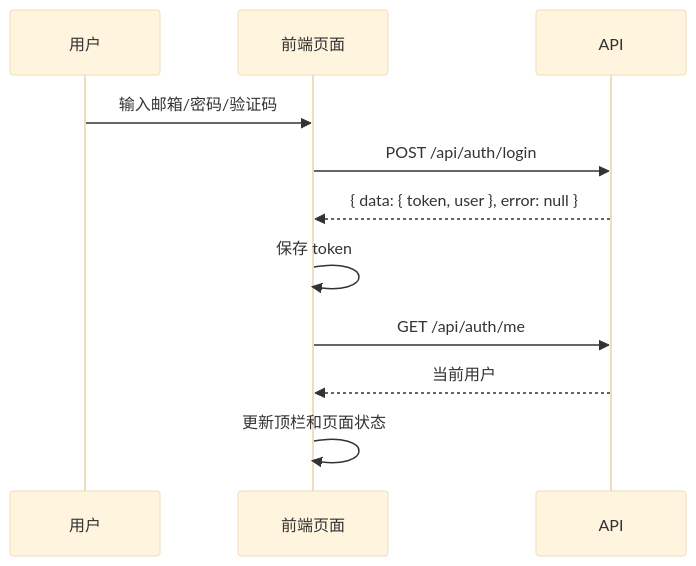
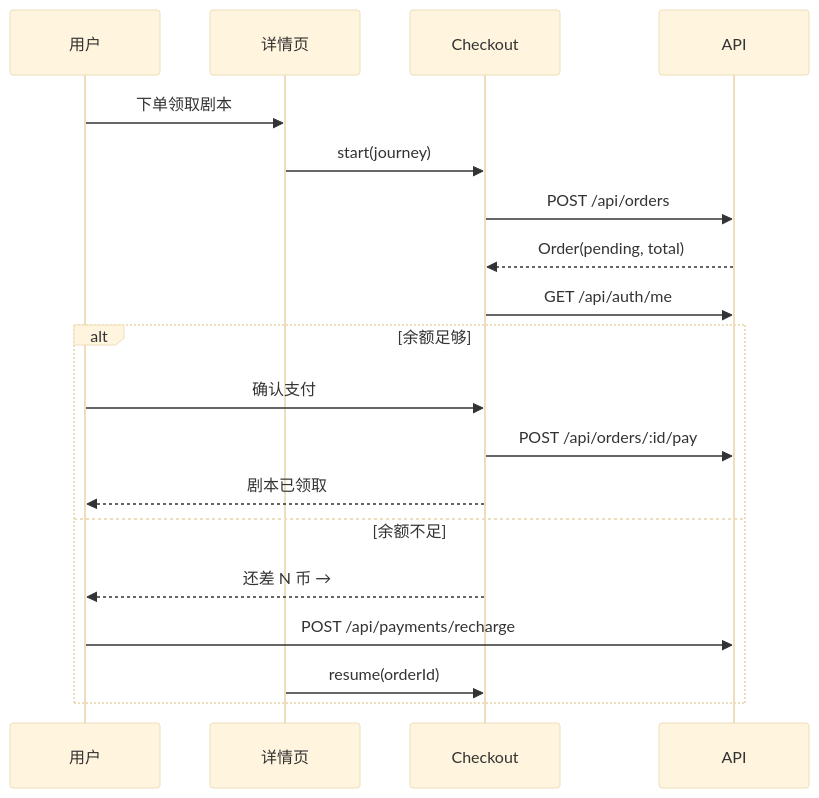
Before and after one commit to LibertychaserUS/100-journeys: the fourth of 4 diagrams in docs/ui-components/DDD-spec.md, drawn with Mermaid (base theme). The commit also changed other lines of this file and 143 other files, not shown here.

````diff
--- a/docs/ui-components/DDD-spec.md
+++ b/docs/ui-components/DDD-spec.md
@@ -256,13 +223,21 @@
 ```mermaid
 sequenceDiagram
   participant U as 用户
-  participant F as 前端页面
+  participant D as 详情页
+  participant C as Checkout
   participant A as API
-  U->>F: 输入邮箱/密码/验证码
-  F->>A: POST /api/auth/login
-  A-->>F: { data: { token, user }, error: null }
-  F->>F: 保存 token
-  F->>A: GET /api/auth/me
-  A-->>F: 当前用户
-  F->>F: 更新顶栏和页面状态
+  U->>D: 下单领取剧本
+  D->>C: start(journey)
+  C->>A: POST /api/orders
+  A-->>C: Order(pending, total)
+  C->>A: GET /api/auth/me
+  alt 余额足够
+    U->>C: 确认支付
+    C->>A: POST /api/orders/:id/pay
+    C-->>U: 剧本已领取
+  else 余额不足
+    C-->>U: 还差 N 币 → #/recharge?need=N&next=/journey/slug?order=id
+    U->>A: POST /api/payments/recharge
+    D->>C: resume(orderId)
+  end
 ```
````
